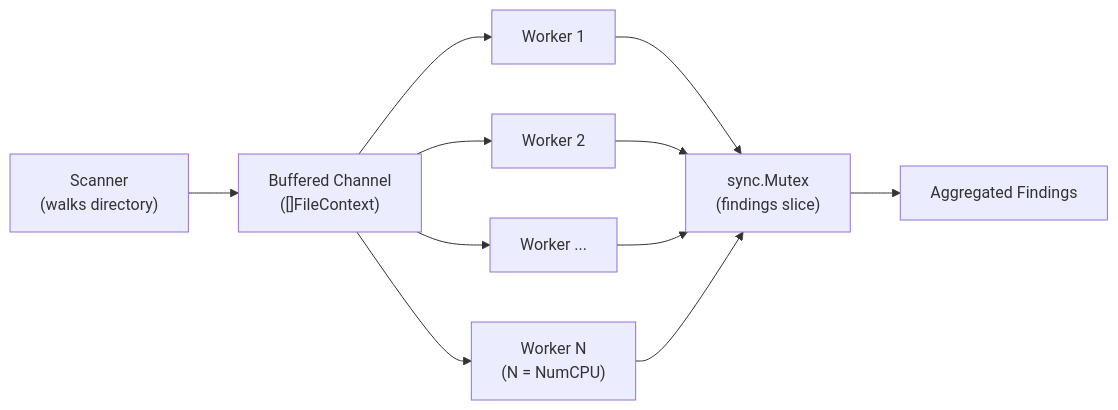
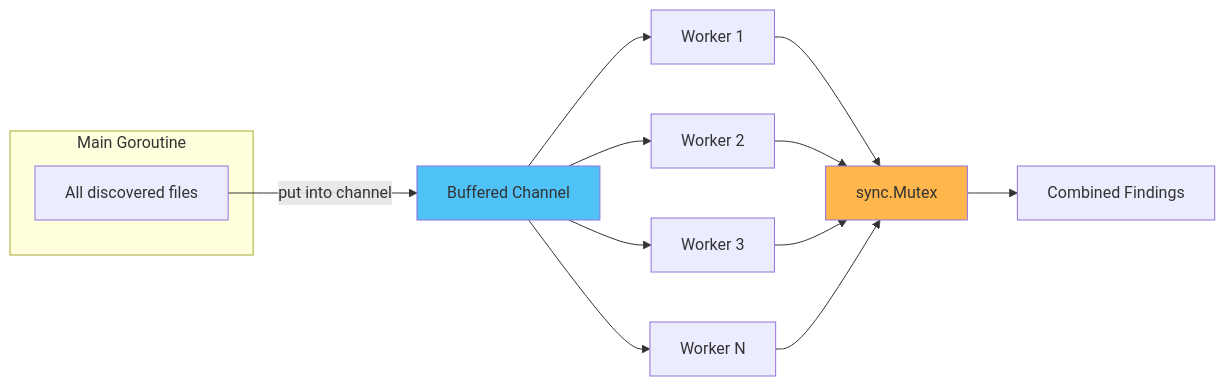
One commit to GabrielGRSilva/SAMUH changed the fourth of 4 diagrams in TECHMANUAL.md. Above: the diagram before and after it, drawn with Mermaid. The commit also changed other lines of this file and 5 other files, not shown here.

````diff
--- a/TECHMANUAL.md
+++ b/TECHMANUAL.md
@@ -359,13 +460,23 @@
 ```mermaid
 flowchart LR
-    Scanner["Scanner<br/>(walks directory)"] --> Channel["Buffered Channel<br/>([]FileContext)"]
-    Channel --> W1["Worker 1"]
-    Channel --> W2["Worker 2"]
-    Channel --> W3["Worker ..."]
-    Channel --> WN["Worker N<br/>(N = NumCPU)"]
-    W1 --> Mutex["sync.Mutex<br/>(findings slice)"]
-    W2 --> Mutex
-    W3 --> Mutex
-    WN --> Mutex
-    Mutex --> Results["Aggregated Findings"]
+    subgraph Main Goroutine
+        Files["All discovered files"]
+    end
+
+    Files -->|"put into channel"| Chan["Buffered Channel"]
+
+    Chan --> W1["Worker 1"]
+    Chan --> W2["Worker 2"]
+    Chan --> W3["Worker 3"]
+    Chan --> WN["Worker N"]
+
+    W1 --> Mu["sync.Mutex"]
+    W2 --> Mu
+    W3 --> Mu
+    WN --> Mu
+
+    Mu --> Results["Combined Findings"]
+
+    style Chan fill:#4FC3F7
+    style Mu fill:#FFB74D
 ```
````
